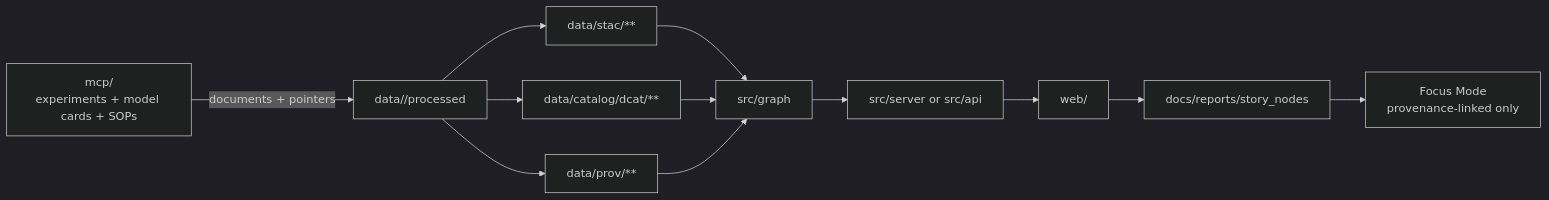
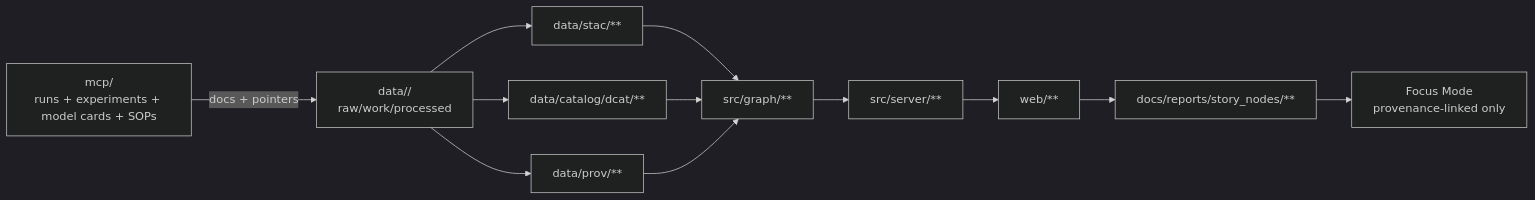
One commit to bartytime4life/Kansas-Frontier-Matrix changed the first of 2 diagrams in mcp/README.md. Above: the diagram before and after it, drawn with Mermaid (dark theme). The commit also changed other lines of this file, not shown here.

First line of the commit message:
Revise MCP README for version 1.1.0 updates

```diff
--- a/mcp/README.md
+++ b/mcp/README.md
@@ -168,17 +256,16 @@
 ~~~mermaid
 flowchart LR
+  MCP["mcp/<br/>runs + experiments + model cards + SOPs"] -->|docs + pointers| DATA["data/<domain>/<br/>raw/work/processed"]
+  DATA --> STAC["data/stac/**"]
+  DATA --> DCAT["data/catalog/dcat/**"]
+  DATA --> PROV["data/prov/**"]
 
-  MCP[mcp/<br/>experiments + model cards + SOPs] -->|documents + pointers| D[data/<domain>/processed]
-  D --> C1[data/stac/**]
-  D --> C2[data/catalog/dcat/**]
-  D --> C3[data/prov/**]
+  STAC --> GRAPH["src/graph/**"]
+  DCAT --> GRAPH
+  PROV --> GRAPH
 
-  C1 --> G[src/graph]
-  C2 --> G
-  C3 --> G
-
-  G --> API[src/server or src/api]
-  API --> UI[web/]
-  UI --> SN[docs/reports/story_nodes]
-  SN --> FM[Focus Mode<br/>provenance-linked only]
+  GRAPH --> API["src/server/**"]
+  API --> UI["web/**"]
+  UI --> SN["docs/reports/story_nodes/**"]
+  SN --> FM["Focus Mode<br/>provenance-linked only"]
 ~~~
```
